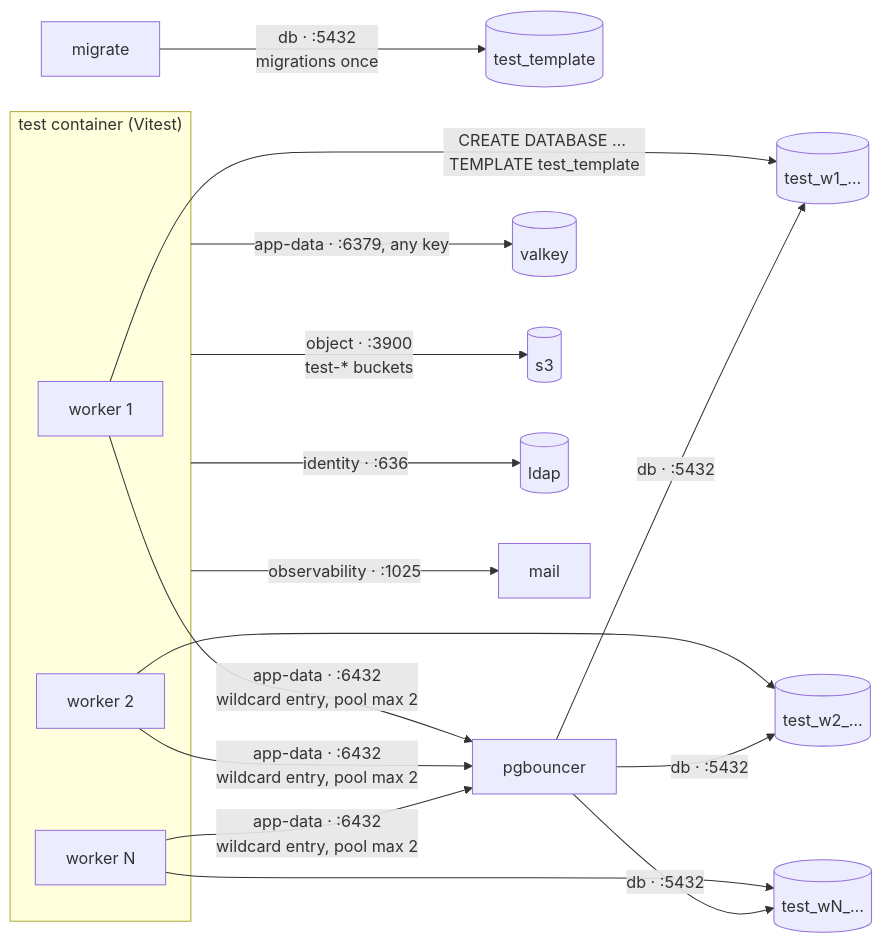
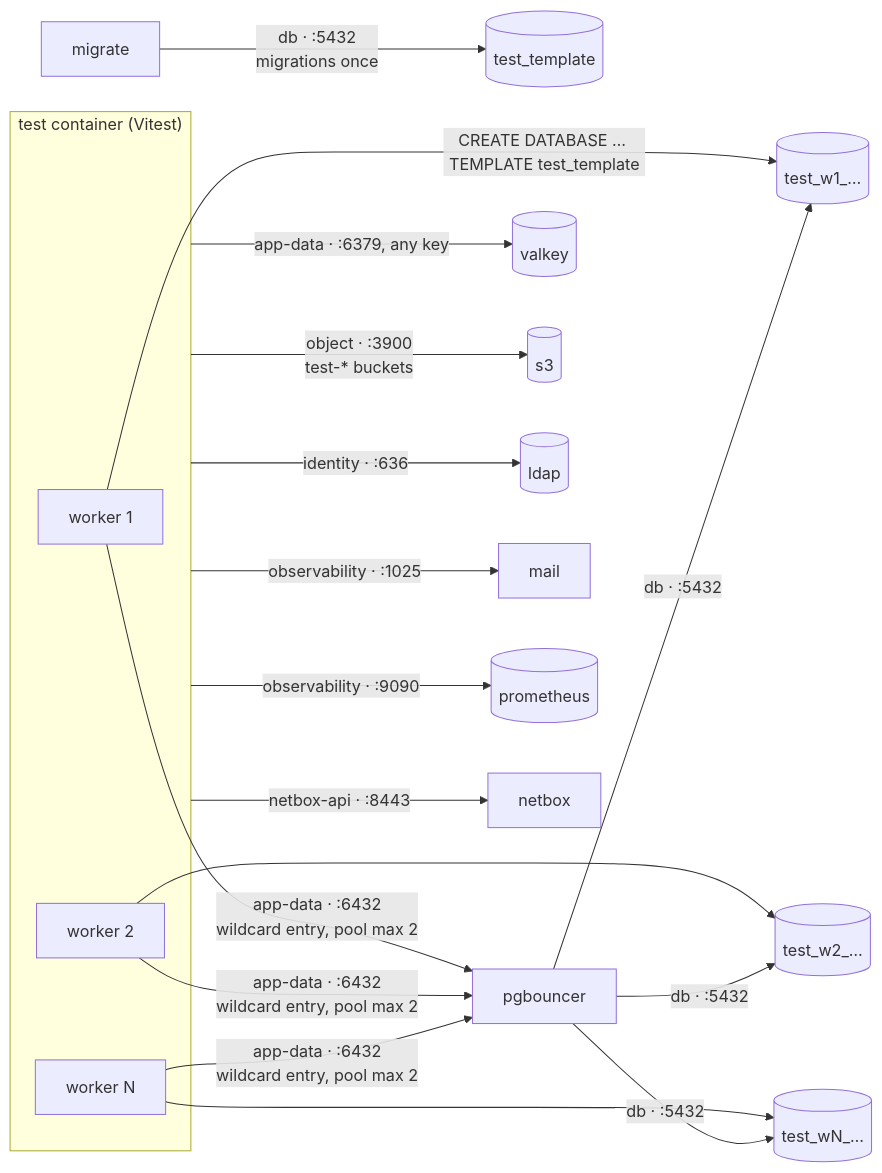
Before and after one commit to rabalyn/feathers-skeleton-stack: the first of 3 diagrams in docs/adr_v2/diagrams/testing.md, drawn with Mermaid. The commit also changed other lines of this file and 9 other files, not shown here.

First line of the commit message:
docs(diagrams): match the pages to the ADRs and the code

````diff
--- a/docs/adr_v2/diagrams/testing.md
+++ b/docs/adr_v2/diagrams/testing.md
@@ -9,21 +9,23 @@
 ```mermaid
 flowchart LR
   migrate["migrate"] -->|"db · :5432<br>migrations once"| tmpl[("test_template")]
 
   subgraph test["test container (Vitest)"]
     w1["worker 1"]
     w2["worker 2"]
     wn["worker N"]
   end
 
   w1 -->|"CREATE DATABASE … TEMPLATE test_template"| d1[("test_w1_…")]
   w2 --> d2[("test_w2_…")]
   wn --> dn[("test_wN_…")]
 
   w1 & w2 & wn -->|"app-data · :6432<br>wildcard entry, pool max 2"| pgb["pgbouncer"]
   pgb -->|"db · :5432"| d1 & d2 & dn
   test -->|"app-data · :6379, any key"| valkey[("valkey")]
   test -->|"object · :3900<br>test-* buckets"| s3[("s3")]
   test -->|"identity · :636"| ldap[("ldap")]
   test -->|"observability · :1025"| mail["mail"]
+  test -->|"observability · :9090"| prom[("prometheus")]
+  test -->|"netbox-api · :8443"| netbox["netbox"]
 ```
````
